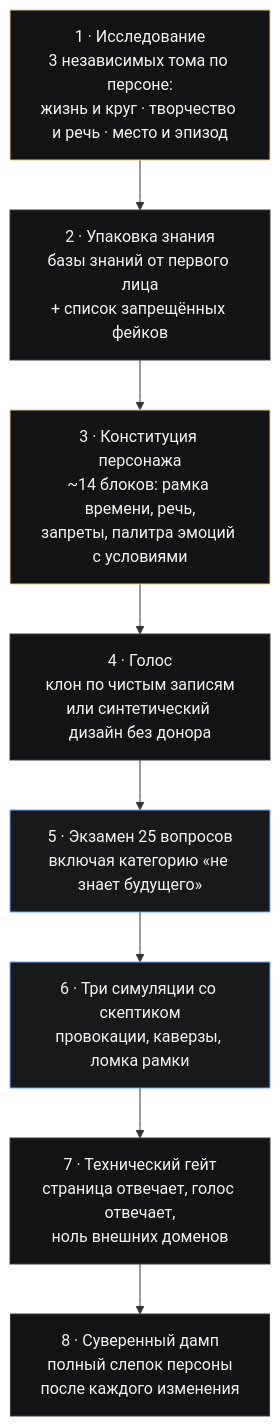
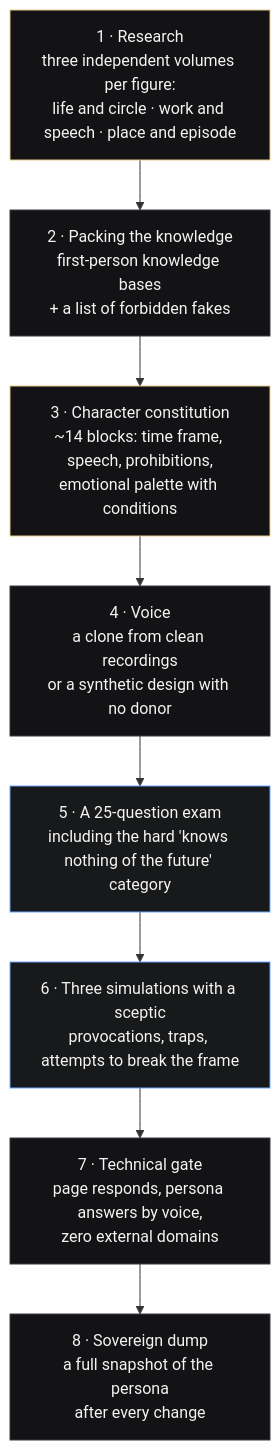
One commit to aimirror630-create/aimirror630-create changed the diagram in README.md. Above: the diagram before and after it, drawn with Mermaid. The commit also changed other lines of this file and 4 other files, not shown here.

````diff
--- a/README.md
+++ b/README.md
@@ -100,20 +102,20 @@
 ```mermaid
 flowchart TD
-    A["1 · Исследование<br/>3 независимых тома по персоне:<br/>жизнь и круг · творчество и речь · место и эпизод"] --> B
-    B["2 · Упаковка знания<br/>базы знаний от первого лица<br/>+ список запрещённых фейков"] --> C
-    C["3 · Конституция персонажа<br/>~14 блоков: рамка времени, речь,<br/>запреты, палитра эмоций с условиями"] --> D
-    D["4 · Голос<br/>клон по чистым записям<br/>или синтетический дизайн без донора"] --> E
-    E["5 · Экзамен 25 вопросов<br/>включая категорию «не знает будущего»"] --> F
-    F["6 · Три симуляции со скептиком<br/>провокации, каверзы, ломка рамки"] --> G
-    G["7 · Технический гейт<br/>страница отвечает, голос отвечает,<br/>ноль внешних доменов"] --> H
-    H["8 · Суверенный дамп<br/>полный слепок персоны<br/>после каждого изменения"]
+    A["1 · Research<br/>three independent volumes per figure:<br/>life and circle · work and speech · place and episode"] --> B
+    B["2 · Packing the knowledge<br/>first-person knowledge bases<br/>+ a list of forbidden fakes"] --> C
+    C["3 · Character constitution<br/>~14 blocks: time frame, speech, prohibitions,<br/>emotional palette with conditions"] --> D
+    D["4 · Voice<br/>a clone from clean recordings<br/>or a synthetic design with no donor"] --> E
+    E["5 · A 25-question exam<br/>including the hard 'knows nothing of the future' category"] --> F
+    F["6 · Three simulations with a sceptic<br/>provocations, traps, attempts to break the frame"] --> G
+    G["7 · Technical gate<br/>page responds, persona answers by voice,<br/>zero external domains"] --> H
+    H["8 · Sovereign dump<br/>a full snapshot of the persona<br/>after every change"]
 
     style A fill:#131316,stroke:#E8C98A,color:#F4F4F2
     style B fill:#131316,stroke:#3a3a40,color:#F4F4F2
     style C fill:#131316,stroke:#E8C98A,color:#F4F4F2
     style D fill:#131316,stroke:#3a3a40,color:#F4F4F2
     style E fill:#18191A,stroke:#6EA8FF,color:#F4F4F2
     style F fill:#18191A,stroke:#6EA8FF,color:#F4F4F2
     style G fill:#131316,stroke:#3a3a40,color:#F4F4F2
     style H fill:#131316,stroke:#3a3a40,color:#F4F4F2
 ```
````
